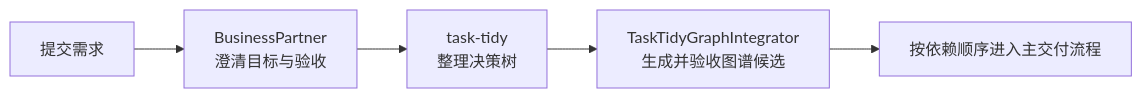
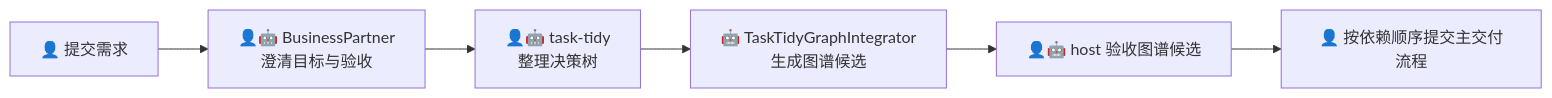
The first of 11 diagrams in design/argo-harness/usage-scenarios/README.md (derekhu0002/Argo), drawn with Mermaid before and after one commit. The commit also changed other lines of this file, not shown here.

````diff
--- a/design/argo-harness/usage-scenarios/README.md
+++ b/design/argo-harness/usage-scenarios/README.md
@@ -23,7 +25,8 @@
 ```mermaid
 flowchart LR
-    A[提交需求] --> B[BusinessPartner<br/>澄清目标与验收]
-    B --> C[task-tidy<br/>整理决策树]
-    C --> D[TaskTidyGraphIntegrator<br/>生成并验收图谱候选]
-    D --> E[按依赖顺序进入主交付流程]
+    A[👤 提交需求] --> B[👤🤖 BusinessPartner<br/>澄清目标与验收]
+    B --> C[👤🤖 task-tidy<br/>整理决策树]
+    C --> D[🤖 TaskTidyGraphIntegrator<br/>生成图谱候选]
+    D --> E[👤🤖 host 验收图谱候选]
+    E --> F[👤 按依赖顺序提交主交付流程]
 ```
````
